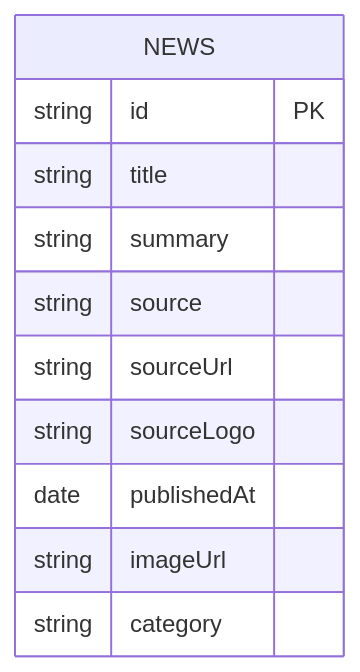
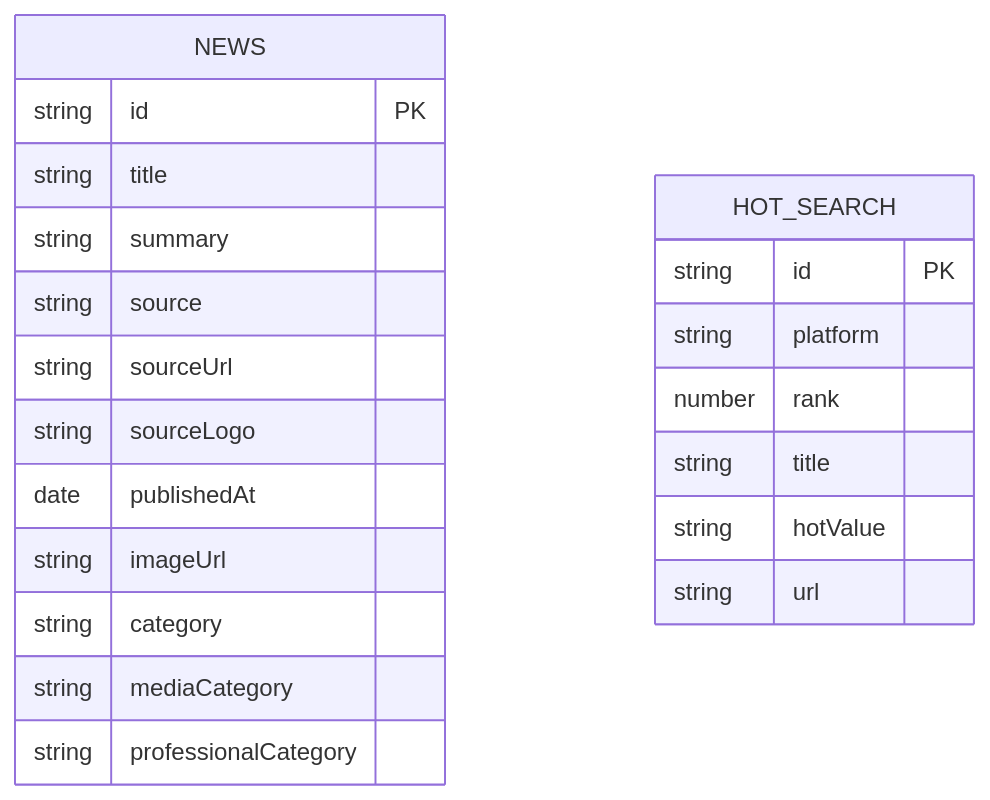
One commit to TokerClay/Project-2 changed the third of 3 diagrams in .trae/documents/arch.md. Above: the diagram before and after it, drawn with Mermaid. The commit also changed other lines of this file and 8 other files, not shown here.

````diff
--- a/.trae/documents/arch.md
+++ b/.trae/documents/arch.md
@@ -100,14 +135,25 @@
 ```mermaid
 erDiagram
     NEWS {
         string id PK
         string title
         string summary
         string source
         string sourceUrl
         string sourceLogo
         date publishedAt
         string imageUrl
         string category
+        string mediaCategory
+        string professionalCategory
+    }
+    
+    HOT_SEARCH {
+        string id PK
+        string platform
+        number rank
+        string title
+        string hotValue
+        string url
     }
 ```
````
